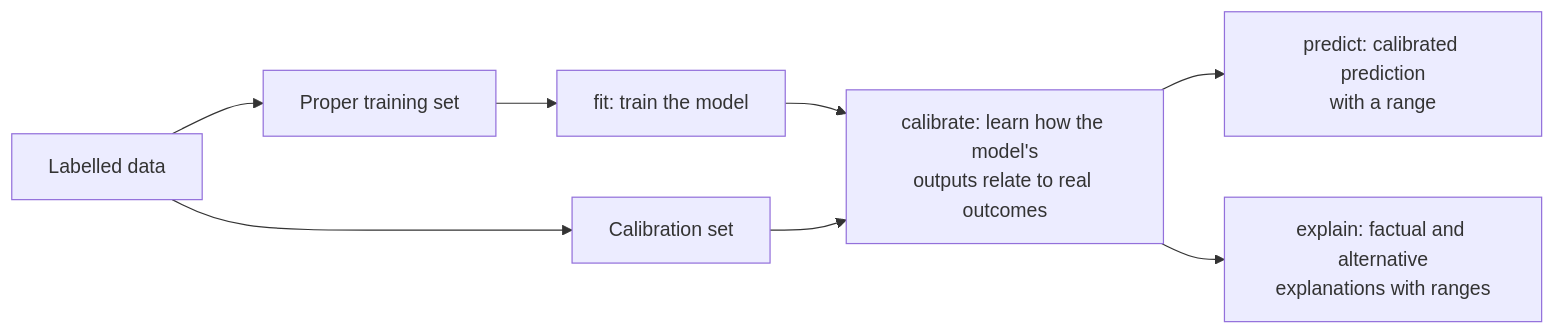
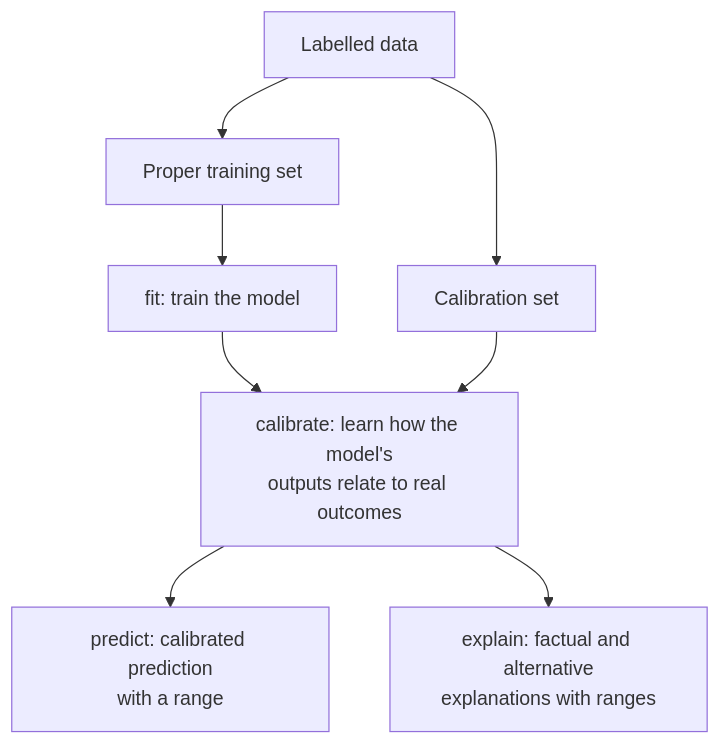
Before and after one commit to ashraf-widaa/calibrated-explanations-docs-dev: the diagram in docs/foundations/concepts/ce_workflow.md, drawn with Mermaid. The commit also changed 10 other files, not shown here.

````diff
--- a/docs/foundations/concepts/ce_workflow.md
+++ b/docs/foundations/concepts/ce_workflow.md
@@ -9,10 +9,10 @@
 ```{mermaid}
-flowchart LR
+flowchart TD
     D["Labelled data"] --> T["Proper training set"]
     D --> C["Calibration set"]
     T --> F["fit: train the model"]
     F --> K["calibrate: learn how the model's<br/>outputs relate to real outcomes"]
     C --> K
     K --> P["predict: calibrated prediction<br/>with a range"]
     K --> E["explain: factual and alternative<br/>explanations with ranges"]
 ```
````
